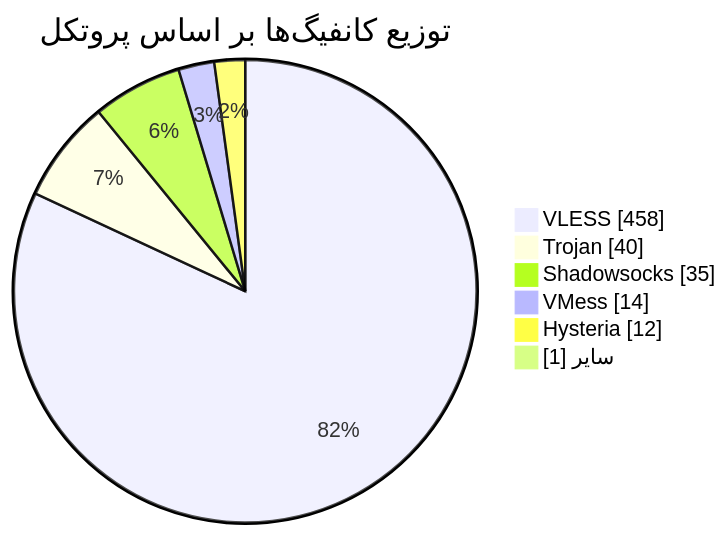
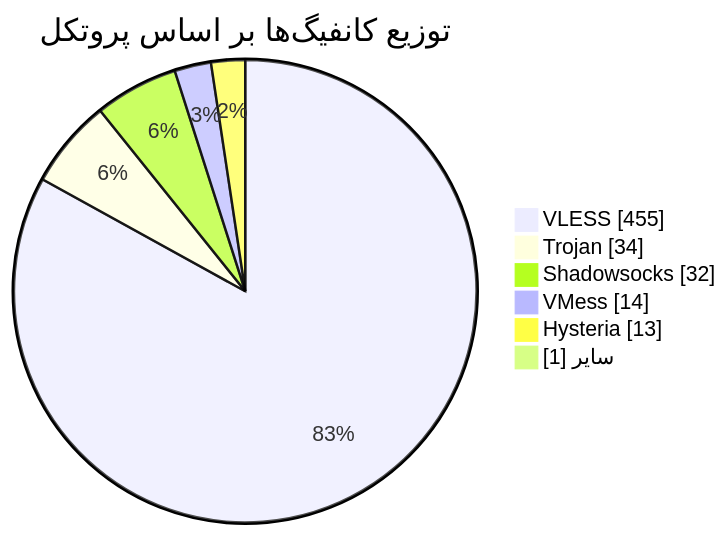
The diagram in README.md (Arian-Alijani/Somthing), drawn with Mermaid before and after one commit. The commit also changed other lines of this file and 77 other files, not shown here.

````diff
--- a/README.md
+++ b/README.md
@@ -48,10 +48,10 @@
 ```mermaid
 pie showData
     title توزیع کانفیگ‌ها بر اساس پروتکل
-    "VLESS" : 458
-    "Trojan" : 40
-    "Shadowsocks" : 35
+    "VLESS" : 455
+    "Trojan" : 34
+    "Shadowsocks" : 32
     "VMess" : 14
-    "Hysteria" : 12
+    "Hysteria" : 13
     "سایر" : 1
 ```
````
